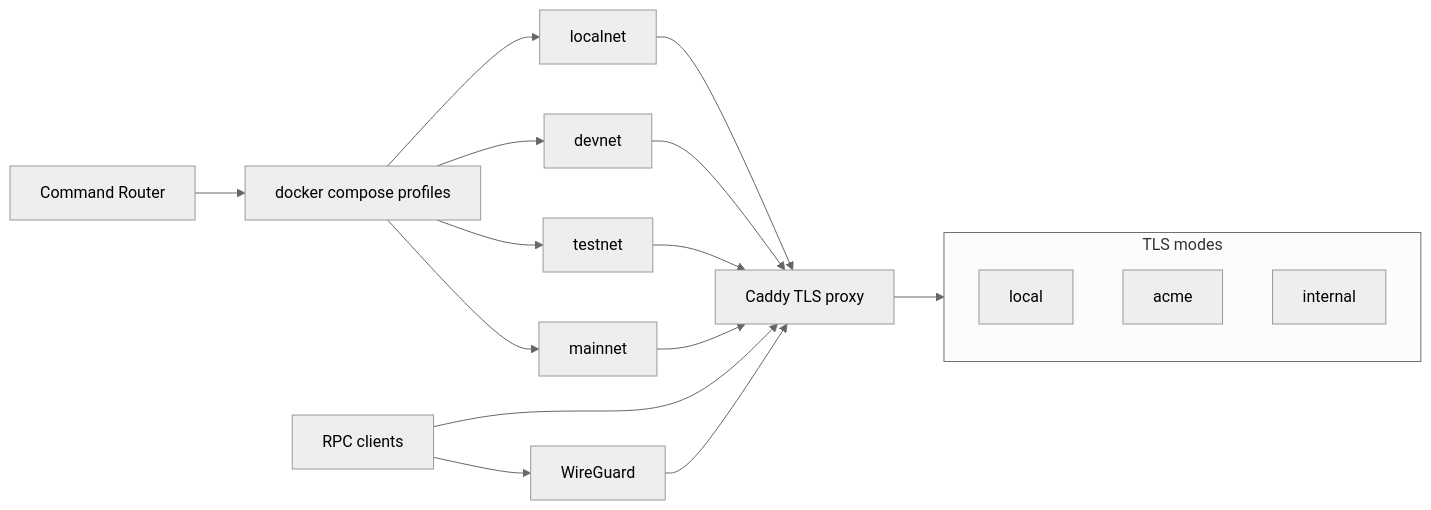
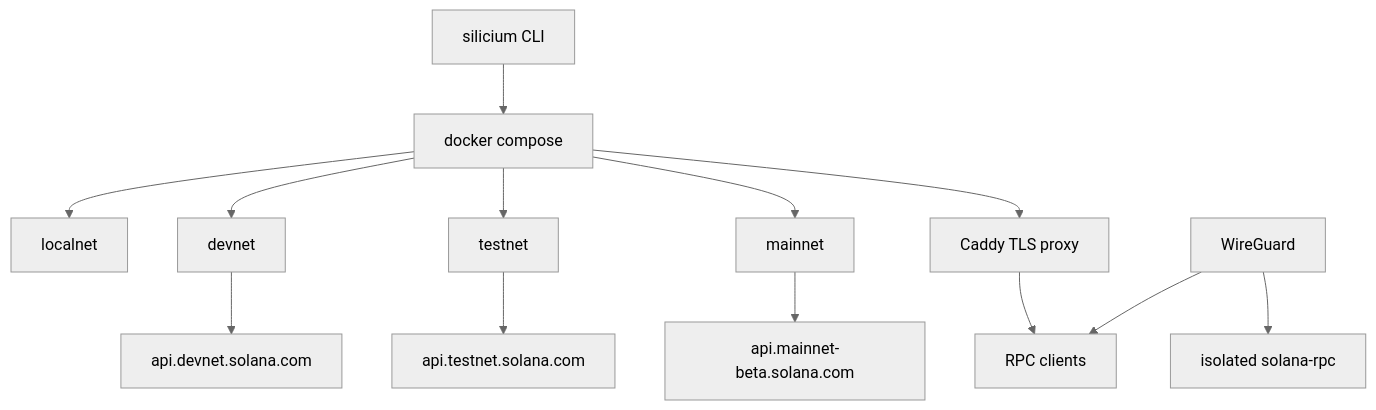
One commit to Silicium-Project/Fusion changed the fourth of 4 diagrams in README.md. Above: the diagram before and after it, drawn with Mermaid (neutral theme). The commit also changed other lines of this file, not shown here.

Commit message:
docs(readme): reset and add complete architecture graph

````diff
--- a/README.md
+++ b/README.md
@@ -137,21 +189,17 @@
 ```mermaid
-flowchart LR
-  Cmds["Command Router"] --> Compose["docker compose profiles"]
-  Compose --> Localnet["localnet"]
-  Compose --> Devnet["devnet"]
-  Compose --> Testnet["testnet"]
-  Compose --> Mainnet["mainnet"]
-  Localnet --> Proxy["Caddy TLS proxy"]
-  Devnet --> Proxy
-  Testnet --> Proxy
-  Mainnet --> Proxy
-  Clients["RPC clients"] --> Proxy
-  Clients --> Wireguard["WireGuard"] --> Proxy
+flowchart TB
+  CLI["silicium CLI"] --> Compose["docker compose"]
+  Compose --> Local["localnet"]
+  Compose --> Dev["devnet"]
+  Compose --> Test["testnet"]
+  Compose --> Main["mainnet"]
+  Compose --> Proxy["Caddy TLS proxy"]
 
-  subgraph TLS["TLS modes"]
-    Local["local"]
-    Acme["acme"]
-    Internal["internal"]
-  end
-  Proxy --> TLS
+  Dev --> DevRpc["api.devnet.solana.com"]
+  Test --> TestRpc["api.testnet.solana.com"]
+  Main --> MainRpc["api.mainnet-beta.solana.com"]
+
+  VPN["WireGuard"] --> SecureRpc["isolated solana-rpc"]
+  Proxy --> Clients["RPC clients"]
+  VPN --> Clients
 ```
````
